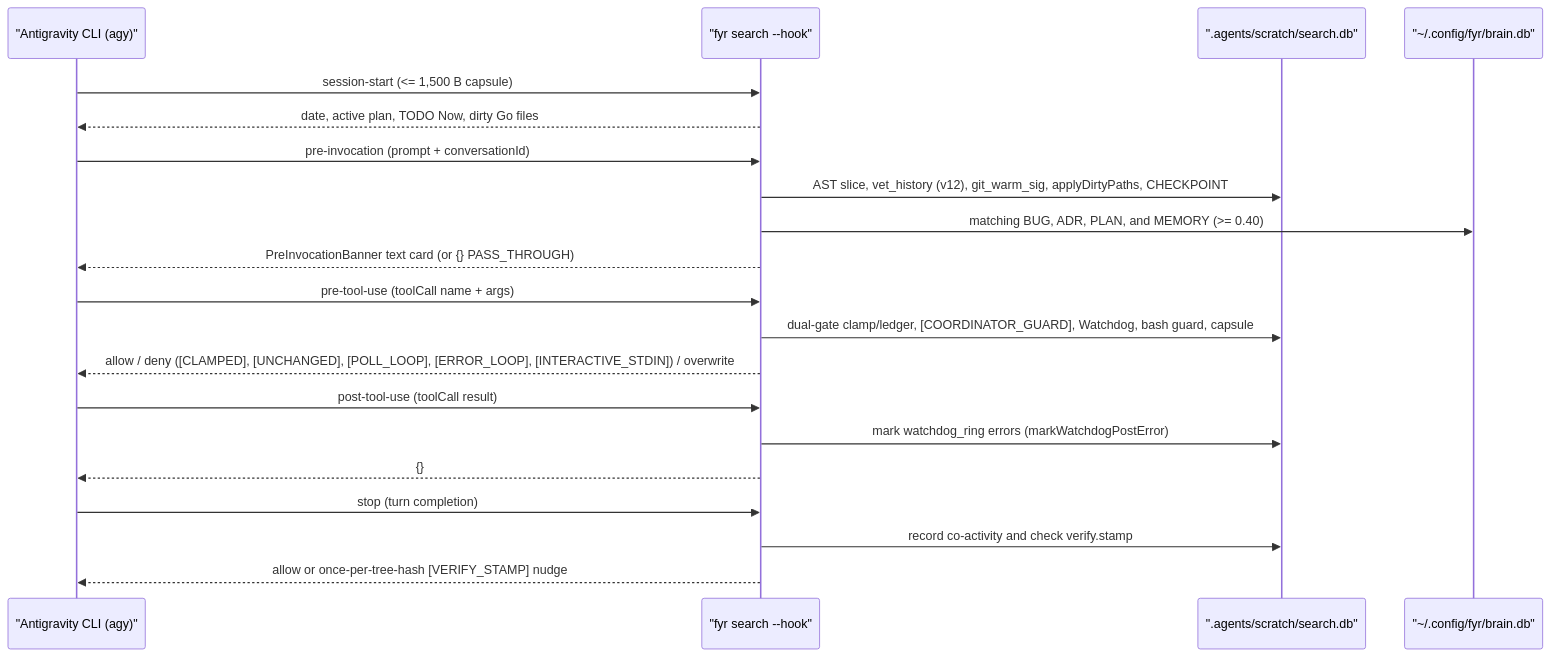
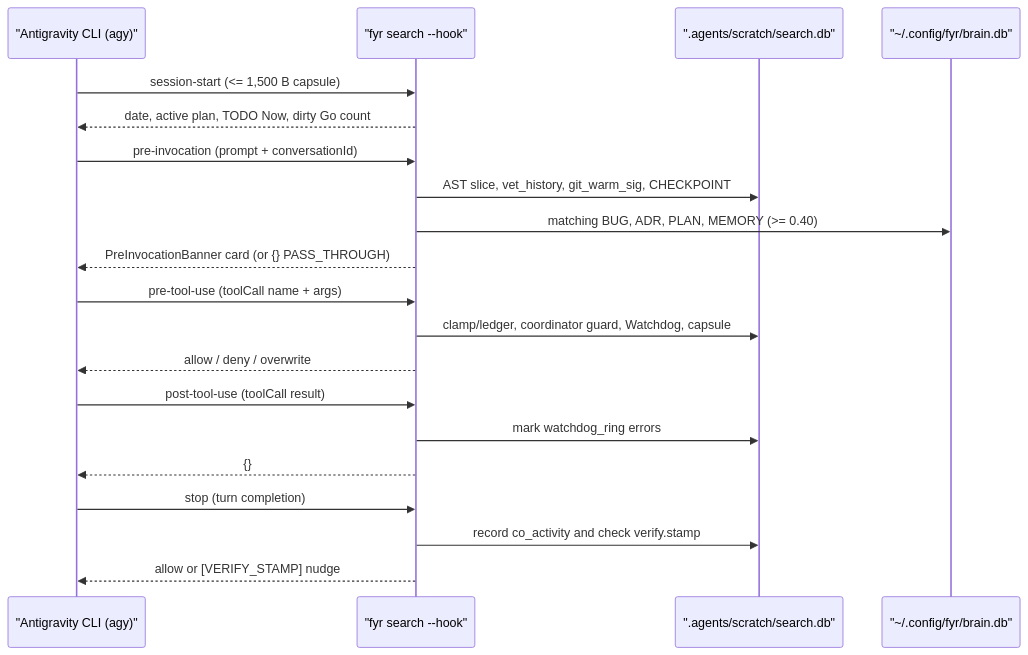
One commit to kesokaj/fyr changed the first of 7 diagrams in features/hooks-and-ast-graph.md. Above: the diagram before and after it, drawn with Mermaid. The commit also changed other lines of this file and 3 other files, not shown here.

````diff
--- a/features/hooks-and-ast-graph.md
+++ b/features/hooks-and-ast-graph.md
@@ -9,22 +9,22 @@
 ```mermaid
 sequenceDiagram
     participant Agy as "Antigravity CLI (agy)"
     participant Hook as "fyr search --hook"
     participant DB as ".agents/scratch/search.db"
     participant Brain as "~/.config/fyr/brain.db"
     Agy->>Hook: session-start (<= 1,500 B capsule)
-    Hook-->>Agy: date, active plan, TODO Now, dirty Go files
+    Hook-->>Agy: date, active plan, TODO Now, dirty Go count
     Agy->>Hook: pre-invocation (prompt + conversationId)
-    Hook->>DB: AST slice, vet_history (v12), git_warm_sig, applyDirtyPaths, CHECKPOINT
-    Hook->>Brain: matching BUG, ADR, PLAN, and MEMORY (>= 0.40)
-    Hook-->>Agy: PreInvocationBanner text card (or {} PASS_THROUGH)
+    Hook->>DB: AST slice, vet_history, git_warm_sig, CHECKPOINT
+    Hook->>Brain: matching BUG, ADR, PLAN, MEMORY (>= 0.40)
+    Hook-->>Agy: PreInvocationBanner card (or {} PASS_THROUGH)
     Agy->>Hook: pre-tool-use (toolCall name + args)
-    Hook->>DB: dual-gate clamp/ledger, [COORDINATOR_GUARD], Watchdog, bash guard, capsule
-    Hook-->>Agy: allow / deny ([CLAMPED], [UNCHANGED], [POLL_LOOP], [ERROR_LOOP], [INTERACTIVE_STDIN]) / overwrite
+    Hook->>DB: clamp/ledger, coordinator guard, Watchdog, capsule
+    Hook-->>Agy: allow / deny / overwrite
     Agy->>Hook: post-tool-use (toolCall result)
-    Hook->>DB: mark watchdog_ring errors (markWatchdogPostError)
+    Hook->>DB: mark watchdog_ring errors
     Hook-->>Agy: {}
     Agy->>Hook: stop (turn completion)
-    Hook->>DB: record co-activity and check verify.stamp
-    Hook-->>Agy: allow or once-per-tree-hash [VERIFY_STAMP] nudge
+    Hook->>DB: record co_activity and check verify.stamp
+    Hook-->>Agy: allow or [VERIFY_STAMP] nudge
 ```
````
